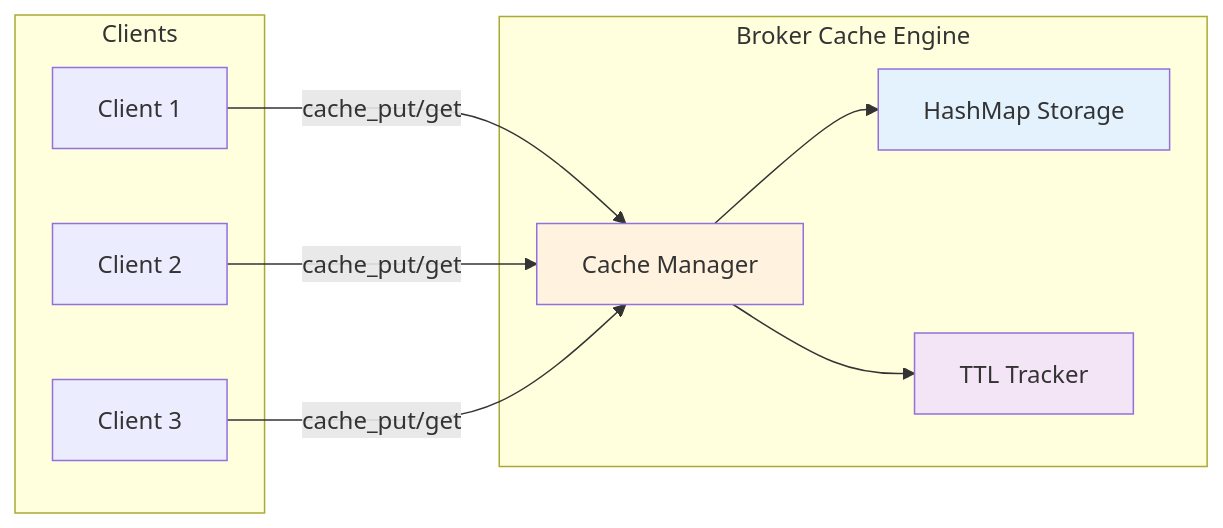
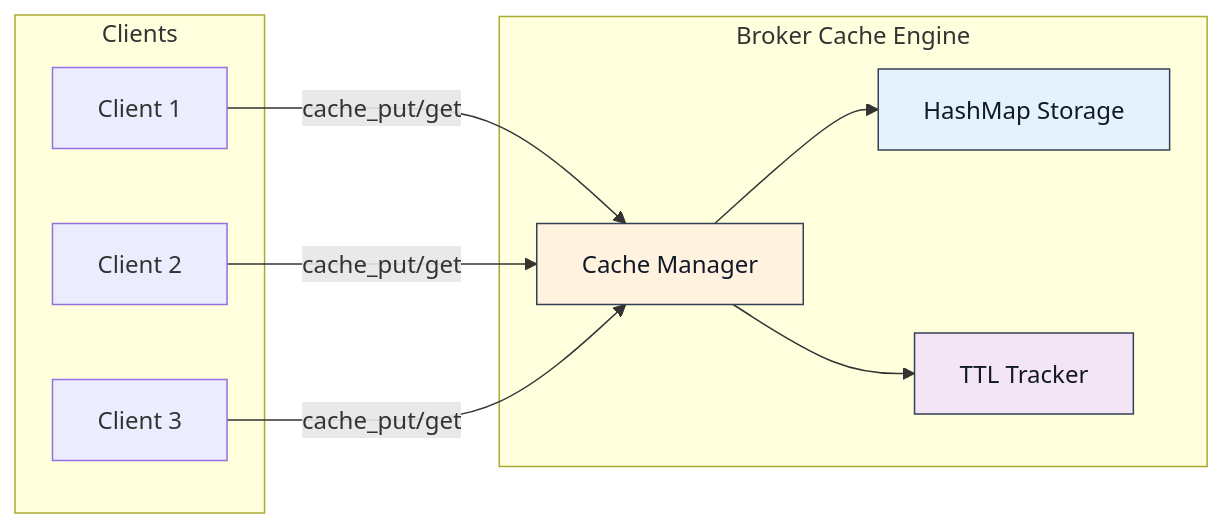
Before and after one commit to gabloe/felix: the first of 2 diagrams in docs-site/src/content/docs/features/cache.md, drawn with Mermaid. The commit also changed 36 other files, not shown here.

````diff
--- a/docs-site/src/content/docs/features/cache.md
+++ b/docs-site/src/content/docs/features/cache.md
@@ -17,25 +17,25 @@
 ```mermaid
 graph LR
     subgraph Clients
         C1[Client 1]
         C2[Client 2]
         C3[Client 3]
     end
     
     subgraph Broker["Broker Cache Engine"]
         CM[Cache Manager]
         HM[HashMap Storage]
         TTL[TTL Tracker]
     end
     
     C1 -->|cache_put/get| CM
     C2 -->|cache_put/get| CM
     C3 -->|cache_put/get| CM
     
     CM --> HM
     CM --> TTL
     
-    style CM fill:#fff3e0
-    style HM fill:#e3f2fd
-    style TTL fill:#f3e5f5
+    style CM fill:#fff3e0,stroke:#334155,color:#111827
+    style HM fill:#e3f2fd,stroke:#334155,color:#111827
+    style TTL fill:#f3e5f5,stroke:#334155,color:#111827
 ```
````
